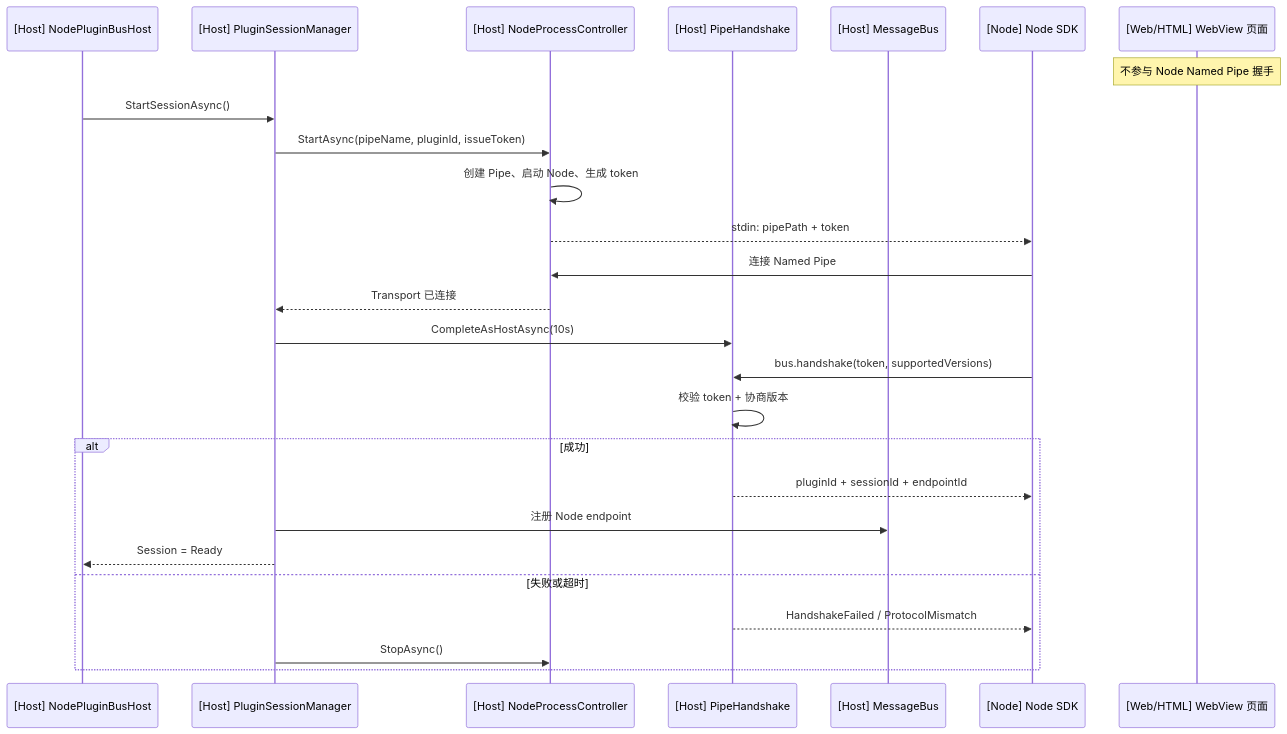
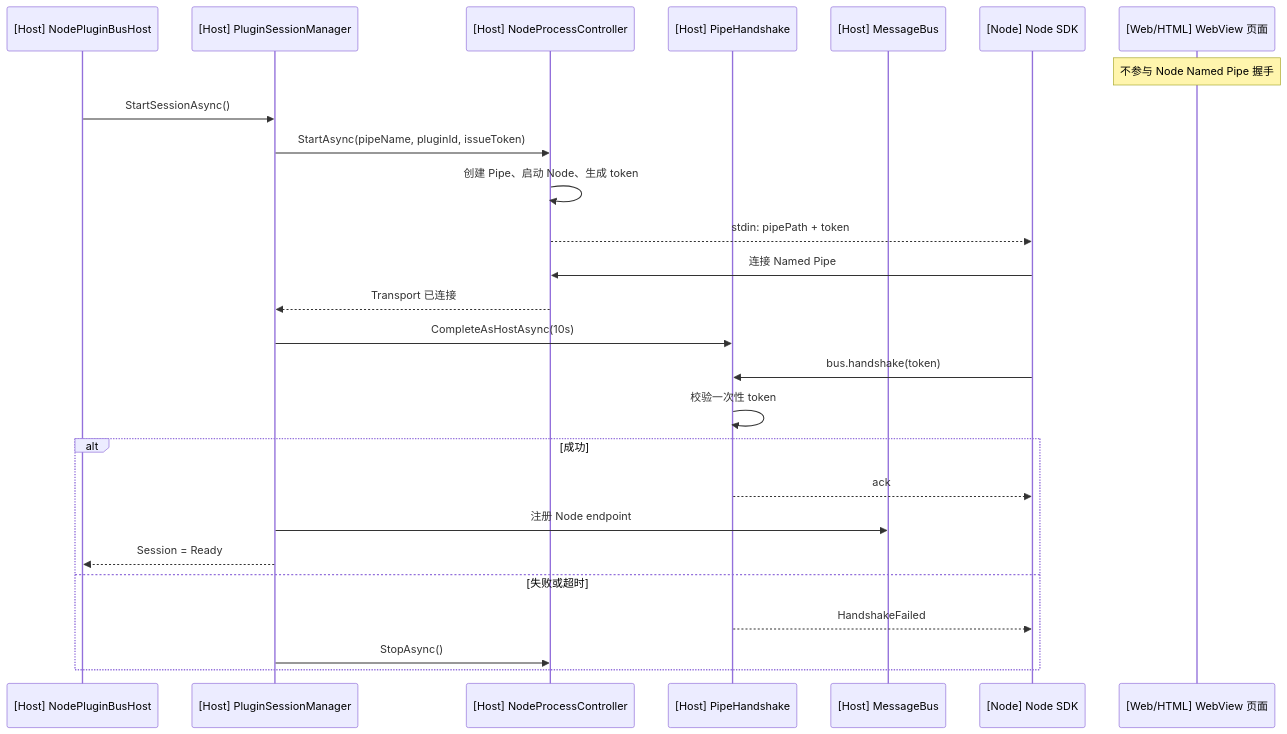
Before and after one commit to qpingcode/MyTools: the first of 3 diagrams in docs/node-plugin-lifecycle.md, drawn with Mermaid. The commit also changed other lines of this file and 39 other files, not shown here.

````diff
--- a/docs/node-plugin-lifecycle.md
+++ b/docs/node-plugin-lifecycle.md
@@ -20,30 +20,30 @@
 ```mermaid
 sequenceDiagram
     participant BH as [Host] NodePluginBusHost
     participant SM as [Host] PluginSessionManager
     participant PC as [Host] NodeProcessController
     participant HS as [Host] PipeHandshake
     participant MB as [Host] MessageBus
     participant SDK as [Node] Node SDK
     participant WEB as [Web/HTML] WebView 页面
 
     Note over WEB: 不参与 Node Named Pipe 握手
 
     BH->>SM: StartSessionAsync()
     SM->>PC: StartAsync(pipeName, pluginId, issueToken)
     PC->>PC: 创建 Pipe、启动 Node、生成 token
     PC-->>SDK: stdin: pipePath + token
     SDK->>PC: 连接 Named Pipe
     PC-->>SM: Transport 已连接
     SM->>HS: CompleteAsHostAsync(10s)
-    SDK->>HS: bus.handshake(token, supportedVersions)
-    HS->>HS: 校验 token + 协商版本
+    SDK->>HS: bus.handshake(token)
+    HS->>HS: 校验一次性 token
     alt 成功
-        HS-->>SDK: pluginId + sessionId + endpointId
+        HS-->>SDK: ack
         SM->>MB: 注册 Node endpoint
         SM-->>BH: Session = Ready
     else 失败或超时
-        HS-->>SDK: HandshakeFailed / ProtocolMismatch
+        HS-->>SDK: HandshakeFailed
         SM->>PC: StopAsync()
     end
 ```
````
